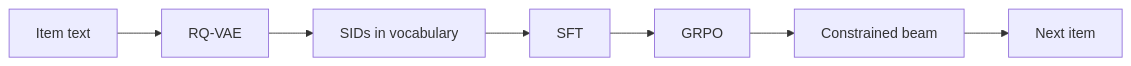
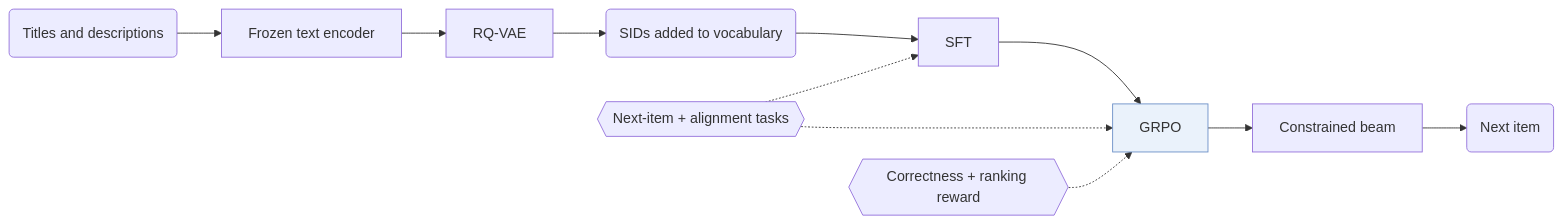
One commit to Galaxy-ghost/Awesome-SID-Generative-Rec changed the diagram in notes/minionerec.md. Above: the diagram before and after it, drawn with Mermaid. The commit also changed 521 other files, not shown here.

Commit message:
writer-04 part 3: algorithm diagrams with shared shape conventions, README hero and paper cards, archive removed

````diff
--- a/notes/minionerec.md
+++ b/notes/minionerec.md
@@ -15,9 +15,14 @@
 ```mermaid
 flowchart LR
-    A[Item text] --> B[RQ-VAE]
-    B --> C[SIDs in vocabulary]
-    C --> D[SFT]
-    D --> E[GRPO]
-    E --> F[Constrained beam]
-    F --> G[Next item]
+    A("Titles and descriptions") --> B["Frozen text encoder"]
+    B --> C["RQ-VAE"]
+    C --> D("SIDs added to vocabulary")
+    D --> E["SFT"]
+    E --> F["GRPO"]:::key
+    L1{{"Next-item + alignment tasks"}} -.-> E
+    L1 -.-> F
+    L2{{"Correctness + ranking reward"}} -.-> F
+    F --> G["Constrained beam"]
+    G --> H("Next item")
+    classDef key fill:#eaf2fb,stroke:#6b8fc7
 ```
````
